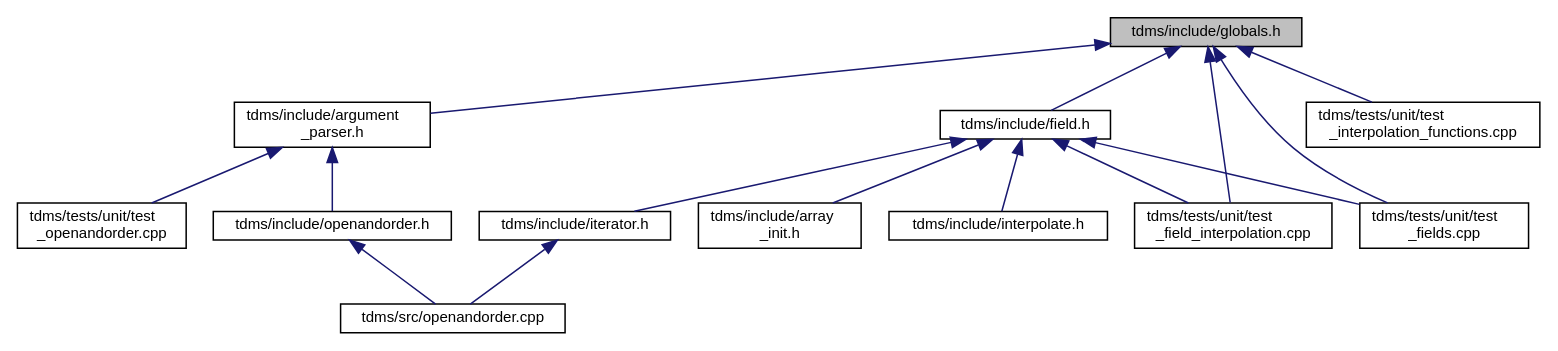
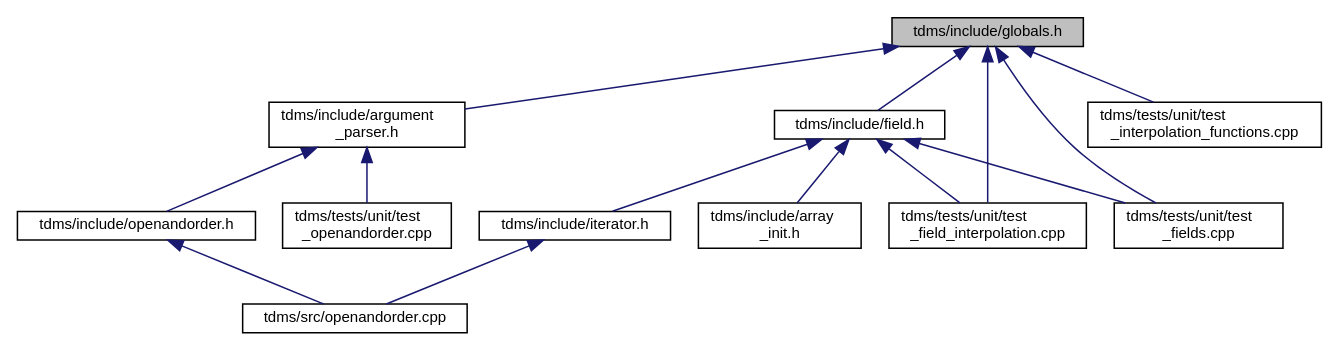
The diagram in globals_8h__dep__incl.dot (UCL/TDMS), drawn with Graphviz before and after one commit. The commit also changed 113 other files, not shown here.

```diff
--- a/globals_8h__dep__incl.dot
+++ b/globals_8h__dep__incl.dot
@@ -1,32 +1,30 @@
 digraph "tdms/include/globals.h"
 {
  // LATEX_PDF_SIZE
   edge [fontname="Helvetica",fontsize="10",labelfontname="Helvetica",labelfontsize="10"];
   node [fontname="Helvetica",fontsize="10",shape=record];
   Node1 [label="tdms/include/globals.h",height=0.2,width=0.4,color="black", fillcolor="grey75", style="filled", fontcolor="black",tooltip="Type definitions and global constants."];
   Node1 -> Node2 [dir="back",color="midnightblue",fontsize="10",style="solid",fontname="Helvetica"];
   Node2 [label="tdms/include/argument\l_parser.h",height=0.2,width=0.4,color="black", fillcolor="white", style="filled",URL="$argument__parser_8h.html",tooltip="Parse the command line options."];
   Node2 -> Node3 [dir="back",color="midnightblue",fontsize="10",style="solid",fontname="Helvetica"];
   Node3 [label="tdms/include/openandorder.h",height=0.2,width=0.4,color="black", fillcolor="white", style="filled",URL="$openandorder_8h.html",tooltip="Launch TDMS and file IO."];
   Node3 -> Node4 [dir="back",color="midnightblue",fontsize="10",style="solid",fontname="Helvetica"];
   Node4 [label="tdms/src/openandorder.cpp",height=0.2,width=0.4,color="black", fillcolor="white", style="filled",URL="$openandorder_8cpp.html",tooltip="Launch and file IO."];
   Node2 -> Node5 [dir="back",color="midnightblue",fontsize="10",style="solid",fontname="Helvetica"];
   Node5 [label="tdms/tests/unit/test\l_openandorder.cpp",height=0.2,width=0.4,color="black", fillcolor="white", style="filled",URL="$test__openandorder_8cpp.html",tooltip="Tests of the argument parsing and file I/O."];
   Node1 -> Node6 [dir="back",color="midnightblue",fontsize="10",style="solid",fontname="Helvetica"];
   Node6 [label="tdms/include/field.h",height=0.2,width=0.4,color="black", fillcolor="white", style="filled",URL="$field_8h.html",tooltip="Classes for the electric and magnetic (split) fields on a grid."];
   Node6 -> Node7 [dir="back",color="midnightblue",fontsize="10",style="solid",fontname="Helvetica"];
   Node7 [label="tdms/include/array\l_init.h",height=0.2,width=0.4,color="black", fillcolor="white", style="filled",URL="$array__init_8h.html",tooltip="A collection of functions for array initialisation given MATLAB pointers."];
   Node6 -> Node8 [dir="back",color="midnightblue",fontsize="10",style="solid",fontname="Helvetica"];
-  Node8 [label="tdms/include/interpolate.h",height=0.2,width=0.4,color="black", fillcolor="white", style="filled",URL="$interpolate_8h.html",tooltip="Interpolation of field values within FDTD grid."];
+  Node8 [label="tdms/include/iterator.h",height=0.2,width=0.4,color="black", fillcolor="white", style="filled",URL="$iterator_8h.html",tooltip="The main time propogation algorithm."];
+  Node8 -> Node4 [dir="back",color="midnightblue",fontsize="10",style="solid",fontname="Helvetica"];
   Node6 -> Node9 [dir="back",color="midnightblue",fontsize="10",style="solid",fontname="Helvetica"];
-  Node9 [label="tdms/include/iterator.h",height=0.2,width=0.4,color="black", fillcolor="white", style="filled",URL="$iterator_8h.html",tooltip="The main time propogation algorithm."];
-  Node9 -> Node4 [dir="back",color="midnightblue",fontsize="10",style="solid",fontname="Helvetica"];
+  Node9 [label="tdms/tests/unit/test\l_field_interpolation.cpp",height=0.2,width=0.4,color="black", fillcolor="white", style="filled",URL="$test__field__interpolation_8cpp.html",tooltip="Tests interpolation of E- and H-fields and compares the errors against MATLAB benchmarks."];
   Node6 -> Node10 [dir="back",color="midnightblue",fontsize="10",style="solid",fontname="Helvetica"];
-  Node10 [label="tdms/tests/unit/test\l_field_interpolation.cpp",height=0.2,width=0.4,color="black", fillcolor="white", style="filled",URL="$test__field__interpolation_8cpp.html",tooltip="Tests interpolation of E- and H-fields and compares the errors against MATLAB benchmarks."];
-  Node6 -> Node11 [dir="back",color="midnightblue",fontsize="10",style="solid",fontname="Helvetica"];
-  Node11 [label="tdms/tests/unit/test\l_fields.cpp",height=0.2,width=0.4,color="black", fillcolor="white", style="filled",URL="$test__fields_8cpp.html",tooltip="Test of the Field class and subclasses."];
+  Node10 [label="tdms/tests/unit/test\l_fields.cpp",height=0.2,width=0.4,color="black", fillcolor="white", style="filled",URL="$test__fields_8cpp.html",tooltip="Test of the Field class and subclasses."];
+  Node1 -> Node9 [dir="back",color="midnightblue",fontsize="10",style="solid",fontname="Helvetica"];
   Node1 -> Node10 [dir="back",color="midnightblue",fontsize="10",style="solid",fontname="Helvetica"];
   Node1 -> Node11 [dir="back",color="midnightblue",fontsize="10",style="solid",fontname="Helvetica"];
-  Node1 -> Node12 [dir="back",color="midnightblue",fontsize="10",style="solid",fontname="Helvetica"];
-  Node12 [label="tdms/tests/unit/test\l_interpolation_functions.cpp",height=0.2,width=0.4,color="black", fillcolor="white", style="filled",URL="$test__interpolation__functions_8cpp.html",tooltip="Tests the performance of the interpolation functions, using 1D data mimicing a coordinate axes."];
+  Node11 [label="tdms/tests/unit/test\l_interpolation_functions.cpp",height=0.2,width=0.4,color="black", fillcolor="white", style="filled",URL="$test__interpolation__functions_8cpp.html",tooltip="Tests the performance of the interpolation functions, using 1D data mimicing a coordinate axes."];
 }
```
